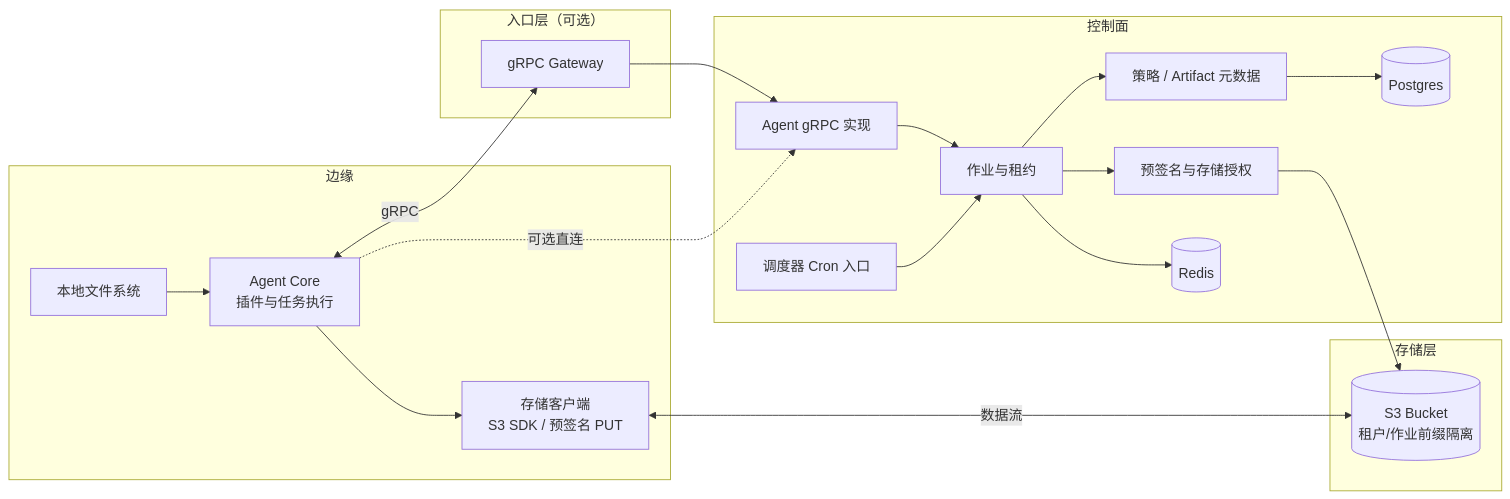
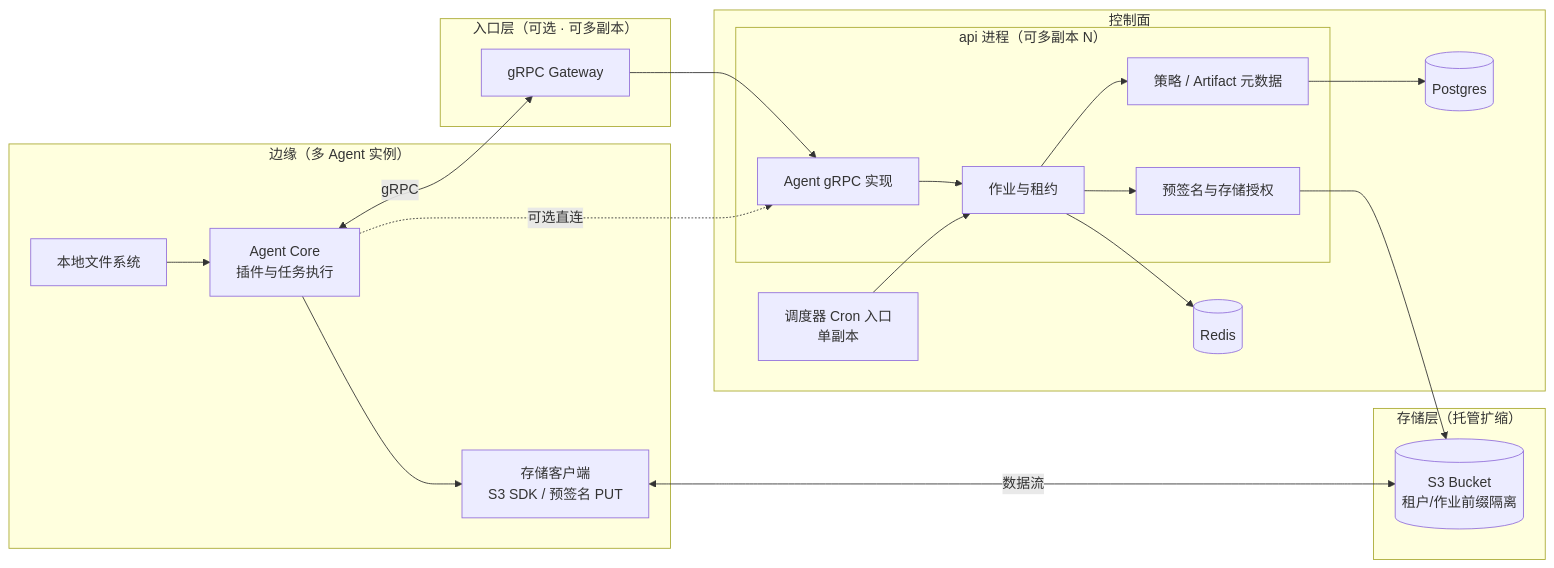
The second of 2 diagrams in website/docs/product/architecture.md (skyline93/devault), drawn with Mermaid before and after one commit. The commit also changed other lines of this file and 6 other files, not shown here.

````diff
--- a/website/docs/product/architecture.md
+++ b/website/docs/product/architecture.md
@@ -69,40 +68,42 @@
 ```mermaid
 flowchart LR
-  subgraph edge2["边缘"]
+  subgraph edge2["边缘（多 Agent 实例）"]
     LFS[本地文件系统]
     CORE[Agent Core<br/>插件与任务执行]
     SDK[存储客户端<br/>S3 SDK / 预签名 PUT]
     LFS --> CORE
     CORE --> SDK
   end
 
-  subgraph gw2["入口层（可选）"]
+  subgraph gw2["入口层（可选 · 可多副本）"]
     GWX[gRPC Gateway]
   end
 
   subgraph ctl["控制面"]
-    RPC[Agent gRPC 实现]
-    JOB[作业与租约]
-    META[策略 / Artifact 元数据]
-    PRES[预签名与存储授权]
-    CRON[调度器 Cron 入口]
+    subgraph apiTier["api 进程（可多副本 N）"]
+      RPC[Agent gRPC 实现]
+      JOB[作业与租约]
+      META[策略 / Artifact 元数据]
+      PRES[预签名与存储授权]
+      RPC --> JOB
+      JOB --> META
+      JOB --> PRES
+    end
+    CRON["调度器 Cron 入口<br/>单副本"]
     DB[(Postgres)]
     RQ[(Redis)]
-    RPC --> JOB
-    JOB --> META
-    JOB --> PRES
     CRON --> JOB
     META --> DB
     JOB --> RQ
   end
 
-  subgraph st["存储层"]
+  subgraph st["存储层（托管扩缩）"]
     BKT[(S3 Bucket<br/>租户/作业前缀隔离)]
   end
 
   CORE <-->|gRPC| GWX
   GWX --> RPC
   CORE -.->|可选直连| RPC
   SDK <-->|数据流| BKT
   PRES --> BKT
 ```
````
